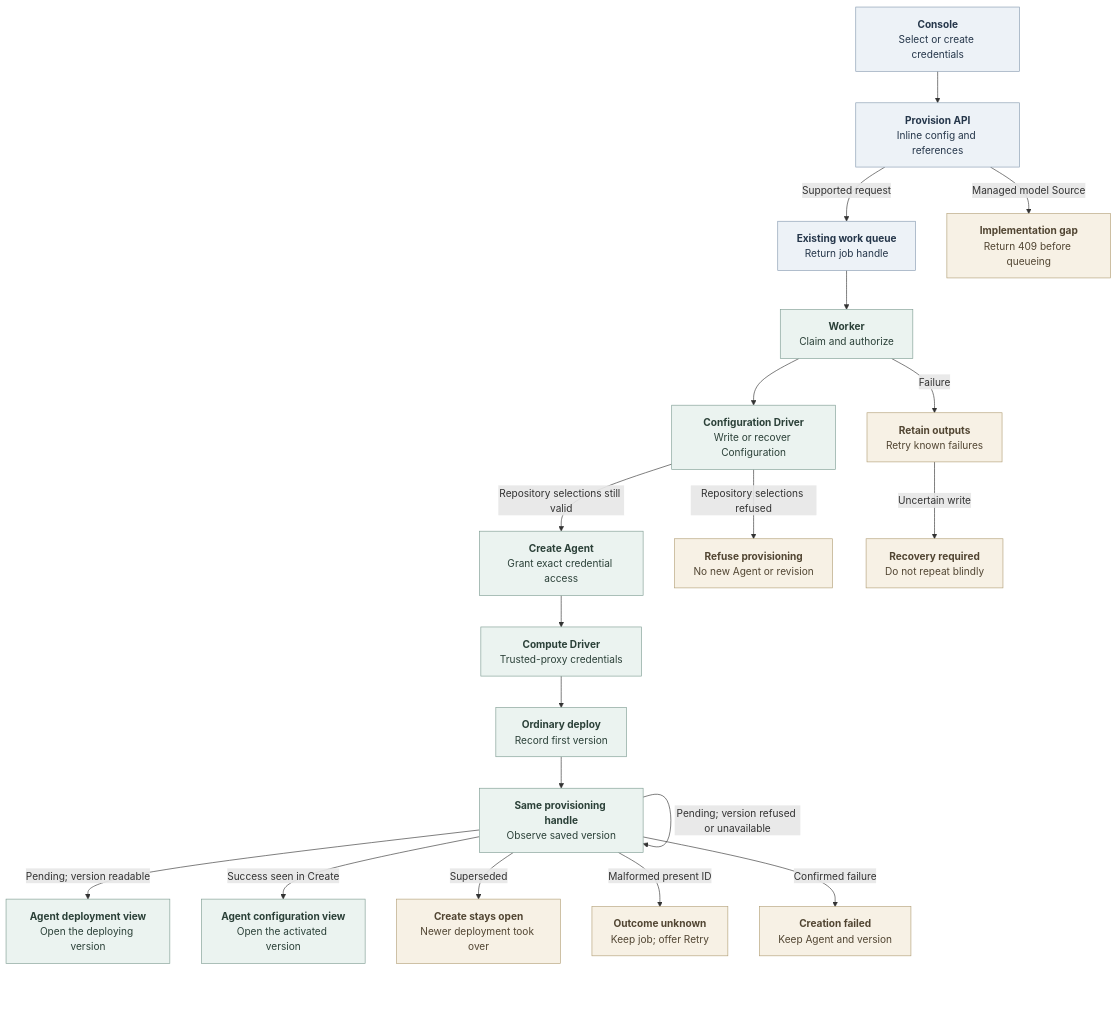
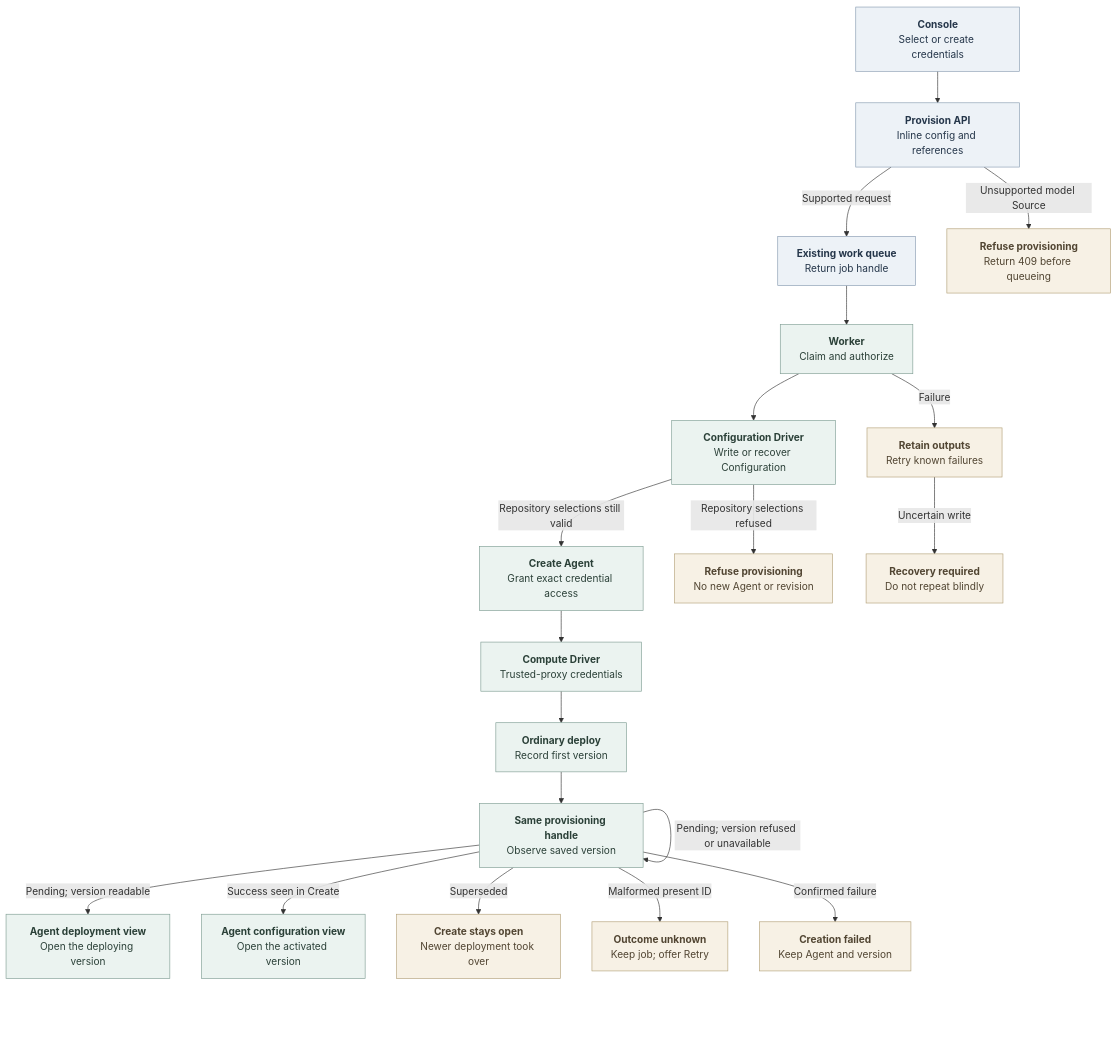
The diagram in docs/flows/agent-provisioning.md (openclaw/openclaw-enterprise), drawn with Mermaid before and after one commit. The commit also changed other lines of this file and 83 other files, not shown here.

````diff
--- a/docs/flows/agent-provisioning.md
+++ b/docs/flows/agent-provisioning.md
@@ -22,28 +22,28 @@
 ```mermaid
 graph TD
   Console["<b>Console</b><br/>Select or create credentials"] --> API["<b>Provision API</b><br/>Inline config and references"]
   API -->|Supported request| Queue["<b>Existing work queue</b><br/>Return job handle"]
-  API -->|Managed model Source| Gap["<b>Implementation gap</b><br/>Return 409 before queueing"]
+  API -->|Unsupported model Source| ModelRefused["<b>Refuse provisioning</b><br/>Return 409 before queueing"]
   Queue --> Claim["<b>Worker</b><br/>Claim and authorize"]
   Claim --> Config["<b>Configuration Driver</b><br/>Write or recover Configuration"]
   Config -->|Repository selections still valid| Agent["<b>Create Agent</b><br/>Grant exact credential access"]
   Config -->|Repository selections refused| RepoRefused["<b>Refuse provisioning</b><br/>No new Agent or revision"]
   Agent --> Transport["<b>Compute Driver</b><br/>Trusted-proxy credentials"]
   Transport --> Deploy["<b>Ordinary deploy</b><br/>Record first version"]
   Deploy --> Observe["<b>Same provisioning handle</b><br/>Observe saved version"]
   Observe -->|Pending; version readable| UI["<b>Agent deployment view</b><br/>Open the deploying version"]
   Observe -->|Pending; version refused or unavailable| Observe
   Observe -->|Success seen in Create| Settings["<b>Agent configuration view</b><br/>Open the activated version"]
   Observe -->|Superseded| Superseded["<b>Create stays open</b><br/>Newer deployment took over"]
   Observe -->|Malformed present ID| Unknown["<b>Outcome unknown</b><br/>Keep job; offer Retry"]
   Observe -->|Confirmed failure| Terminal["<b>Creation failed</b><br/>Keep Agent and version"]
   Claim -->|Failure| Failed["<b>Retain outputs</b><br/>Retry known failures"]
   Failed -->|Uncertain write| Recovery["<b>Recovery required</b><br/>Do not repeat blindly"]
 
   classDef state fill:#EDF2F7,stroke:#879AB0,color:#25364A,stroke-width:1px
   classDef operation fill:#EBF3F0,stroke:#7F9D93,color:#2B4038,stroke-width:1px
   classDef condition fill:#F7F1E5,stroke:#B3A078,color:#514532,stroke-width:1px
   class Console,API,Queue state
   class Claim,Config,Agent,Transport,Deploy,Observe,UI,Settings operation
-  class Failed,Recovery,Terminal,Superseded,RepoRefused,Unknown,Gap condition
+  class Failed,Recovery,Terminal,Superseded,RepoRefused,Unknown,ModelRefused condition
 ```
````
